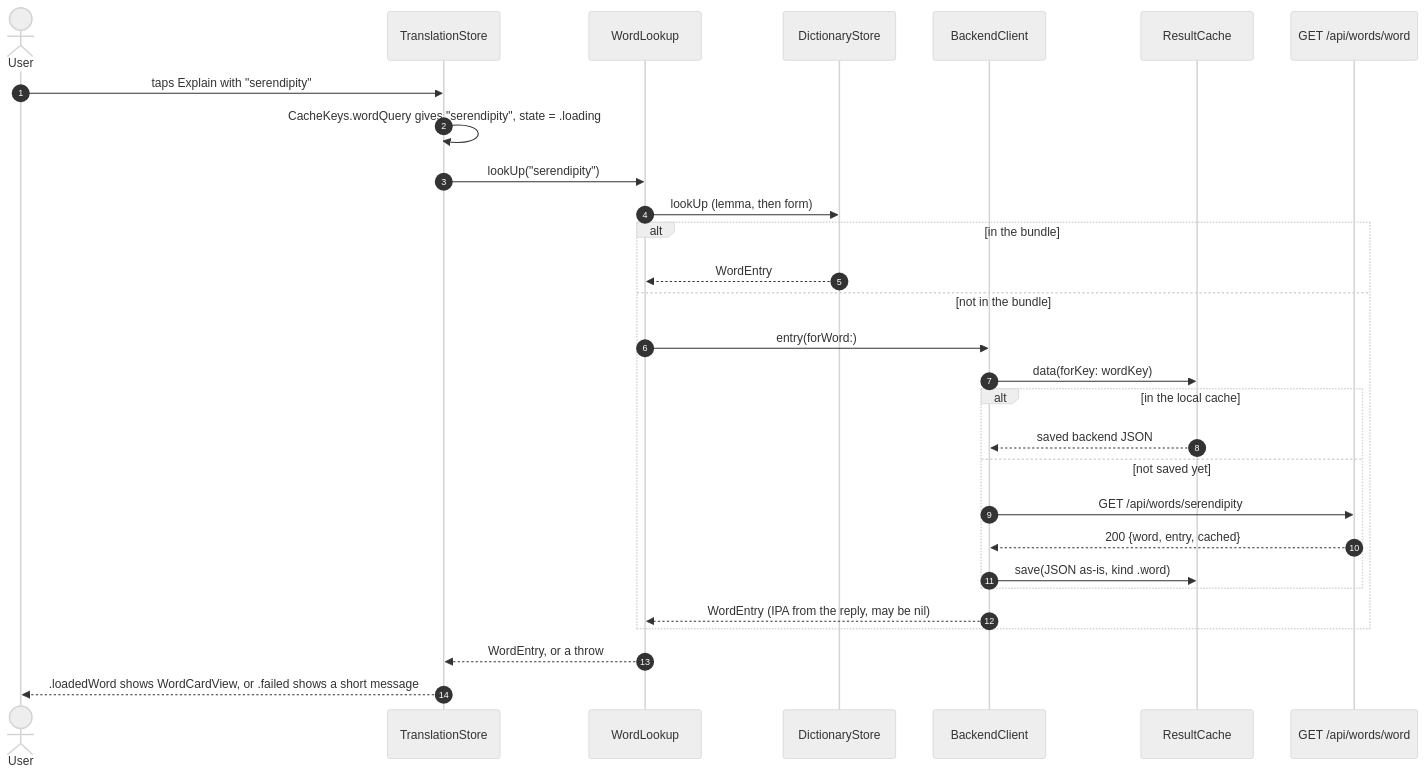
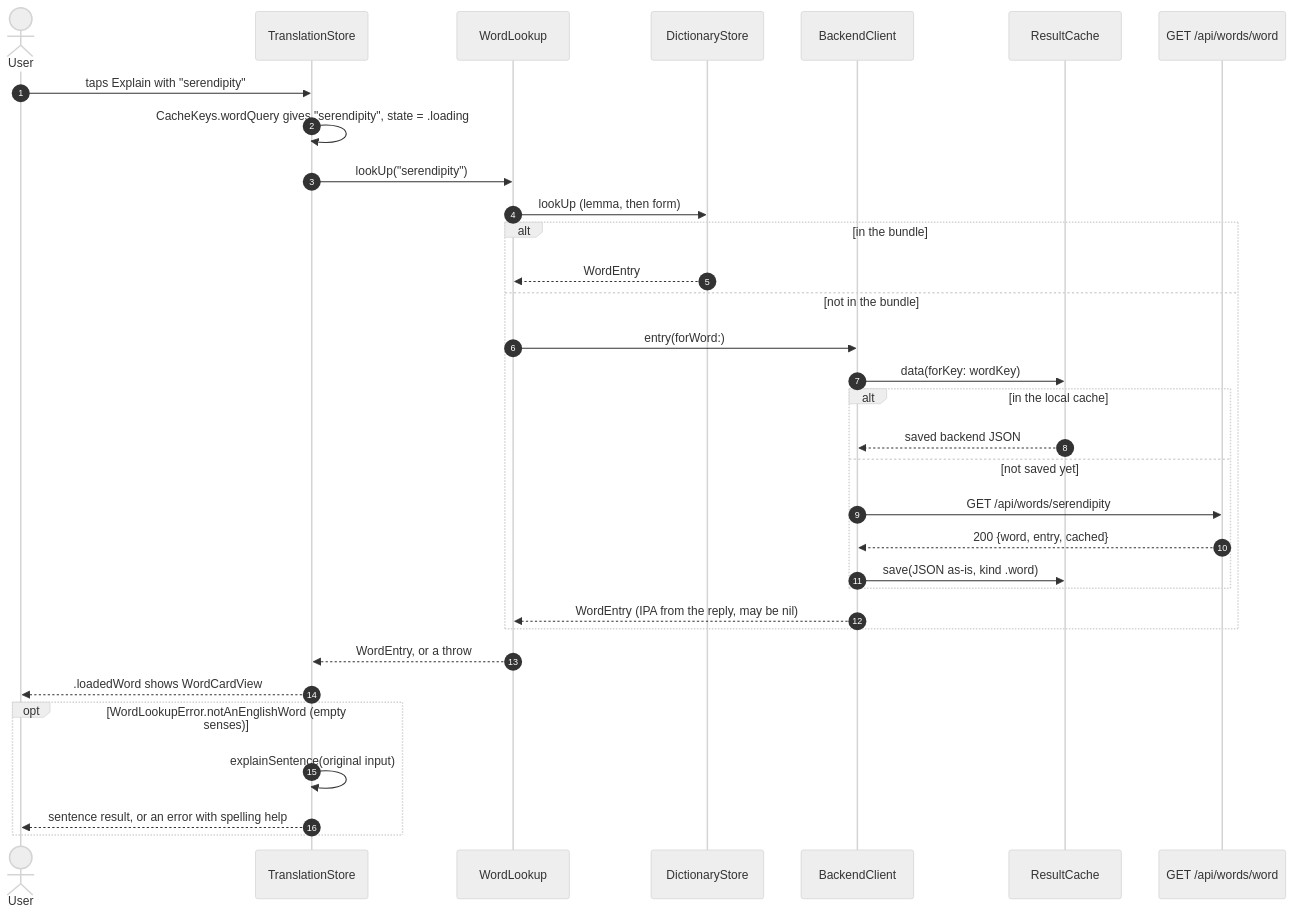
One commit to tranphuocloc070699/saynata changed the fourth of 7 diagrams in backlog/docs/features/doc-5 - Word-lookup.md. Above: the diagram before and after it, drawn with Mermaid (neutral theme). The commit also changed other lines of this file and 6 other files, not shown here.

Commit message:
TASK-94: explain the text when the word lookup has no entry (looks-well, compounds)

````diff
--- a/backlog/docs/features/doc-5 - Word-lookup.md
+++ b/backlog/docs/features/doc-5 - Word-lookup.md
@@ -182,32 +182,36 @@
 ```mermaid
 sequenceDiagram
     autonumber
     actor U as User
     participant ST as TranslationStore
     participant WL as WordLookup
     participant DS as DictionaryStore
     participant BC as BackendClient
     participant RC as ResultCache
     participant API as GET /api/words/word
 
     U->>ST: taps Explain with "serendipity"
     ST->>ST: CacheKeys.wordQuery gives "serendipity", state = .loading
     ST->>WL: lookUp("serendipity")
     WL->>DS: lookUp (lemma, then form)
     alt in the bundle
         DS-->>WL: WordEntry
     else not in the bundle
         WL->>BC: entry(forWord:)
         BC->>RC: data(forKey: wordKey)
         alt in the local cache
             RC-->>BC: saved backend JSON
         else not saved yet
             BC->>API: GET /api/words/serendipity
             API-->>BC: 200 {word, entry, cached}
             BC->>RC: save(JSON as-is, kind .word)
         end
         BC-->>WL: WordEntry (IPA from the reply, may be nil)
     end
     WL-->>ST: WordEntry, or a throw
-    ST-->>U: .loadedWord shows WordCardView, or .failed shows a short message
+    ST-->>U: .loadedWord shows WordCardView
+    opt WordLookupError.notAnEnglishWord (empty senses)
+        ST->>ST: explainSentence(original input)
+        ST-->>U: sentence result, or an error with spelling help
+    end
 ```
````
